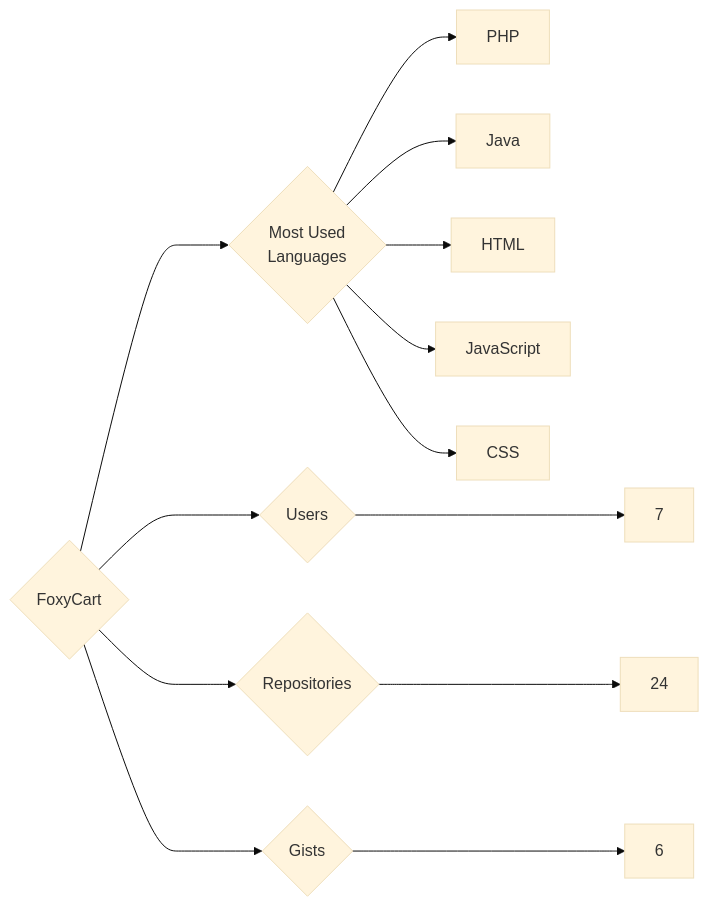
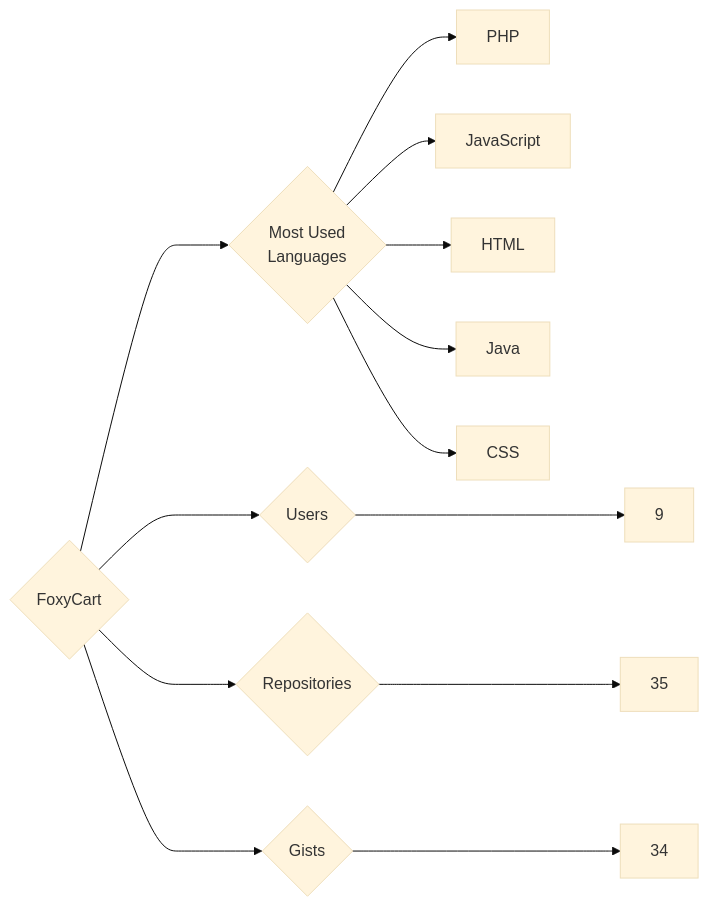
One commit to trickest/insiders changed the diagram in targets/FoxyCart/README.md. Above: the diagram before and after it, drawn with Mermaid (base theme). The commit also changed 942 other files, not shown here.

````diff
--- a/targets/FoxyCart/README.md
+++ b/targets/FoxyCart/README.md
@@ -3,13 +3,13 @@
 ```mermaid
 graph LR
 COMPANY_NAME{FoxyCart}
-COMPANY_NAME ---> U{Users} ---> UN[7]
-COMPANY_NAME ---> R{Repositories} ---> RN[24]
-COMPANY_NAME ---> G{Gists} ---> GN[6]
+COMPANY_NAME ---> U{Users} ---> UN[9]
+COMPANY_NAME ---> R{Repositories} ---> RN[35]
+COMPANY_NAME ---> G{Gists} ---> GN[34]
 COMPANY_NAME ---> ML{Most Used<br>Languages}
 ML --> PHP[PHP]
+ML --> JavaScript[JavaScript]
+ML --> HTML[HTML]
 ML --> Java[Java]
-ML --> HTML[HTML]
-ML --> JavaScript[JavaScript]
 ML --> CSS[CSS]
 ```
````
